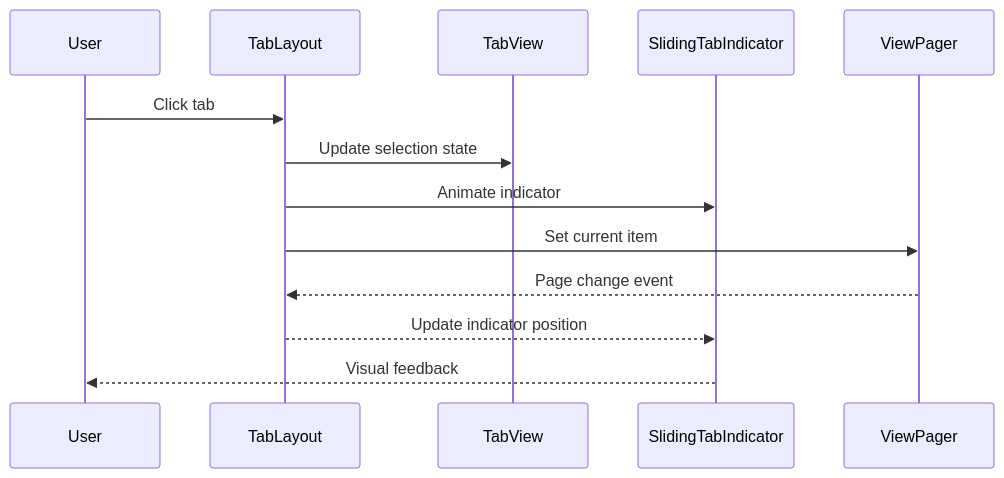
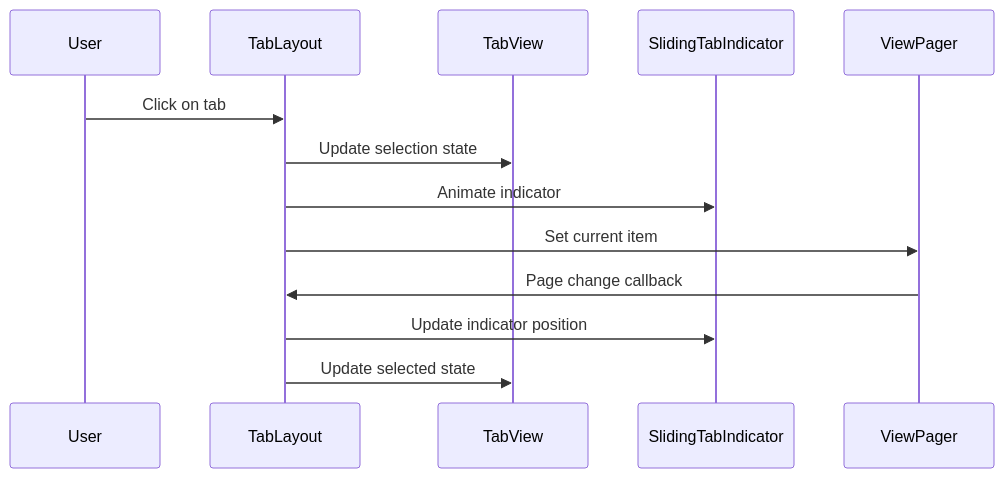
Before and after one commit to FSoft-AI4Code/codewiki-demo: the second of 3 diagrams in docs/material-components--material-components-android-docs/tabs.md, drawn with Mermaid. The commit also changed other lines of this file and 1103 other files, not shown here.

````diff
--- a/docs/material-components--material-components-android-docs/tabs.md
+++ b/docs/material-components--material-components-android-docs/tabs.md
@@ -52,16 +119,16 @@
 ```mermaid
 sequenceDiagram
     participant User
     participant TabLayout
     participant TabView
     participant SlidingTabIndicator
     participant ViewPager
     
-    User->>TabLayout: Click tab
+    User->>TabLayout: Click on tab
     TabLayout->>TabView: Update selection state
     TabLayout->>SlidingTabIndicator: Animate indicator
     TabLayout->>ViewPager: Set current item
-    ViewPager-->>TabLayout: Page change event
-    TabLayout-->>SlidingTabIndicator: Update indicator position
-    SlidingTabIndicator-->>User: Visual feedback
+    ViewPager->>TabLayout: Page change callback
+    TabLayout->>SlidingTabIndicator: Update indicator position
+    TabLayout->>TabView: Update selected state
 ```
````
